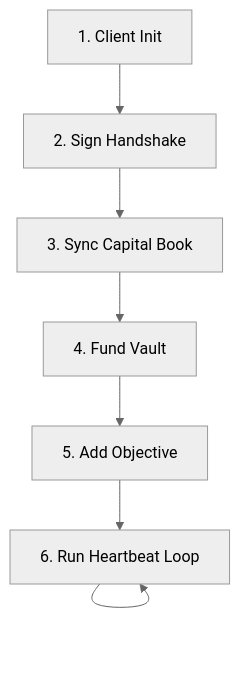
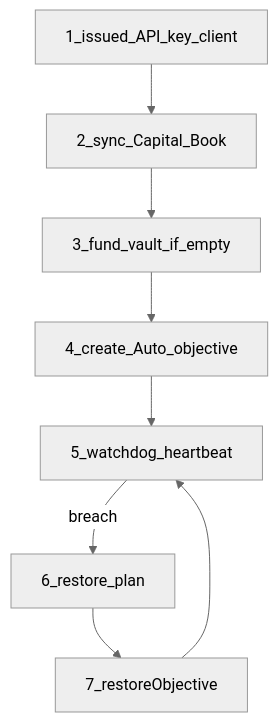
The diagram in docs/integration-guide.md (buildaureon/aureon-sdk), drawn with Mermaid (neutral theme) before and after one commit. The commit also changed other lines of this file, not shown here.

Commit message:
docs: add issued API key auth path to integration guide

````diff
--- a/docs/integration-guide.md
+++ b/docs/integration-guide.md
@@ -11,9 +11,10 @@
 ```mermaid
 flowchart TD
-  Client[1. Client Init] --> Auth[2. Sign Handshake]
-  Auth --> Sync[3. Sync Capital Book]
-  Sync --> Deposit[4. Fund Vault]
-  Deposit --> Objective[5. Add Objective]
-  Objective --> Watchdog[6. Run Heartbeat Loop]
-  Watchdog --> Watchdog
+  Init[1_issued_API_key_client] --> Sync[2_sync_Capital_Book]
+  Sync --> Fund[3_fund_vault_if_empty]
+  Fund --> Obj[4_create_Auto_objective]
+  Obj --> Loop[5_watchdog_heartbeat]
+  Loop -->|breach| Plan[6_restore_plan]
+  Plan --> Restore[7_restoreObjective]
+  Restore --> Loop
 ```
````
